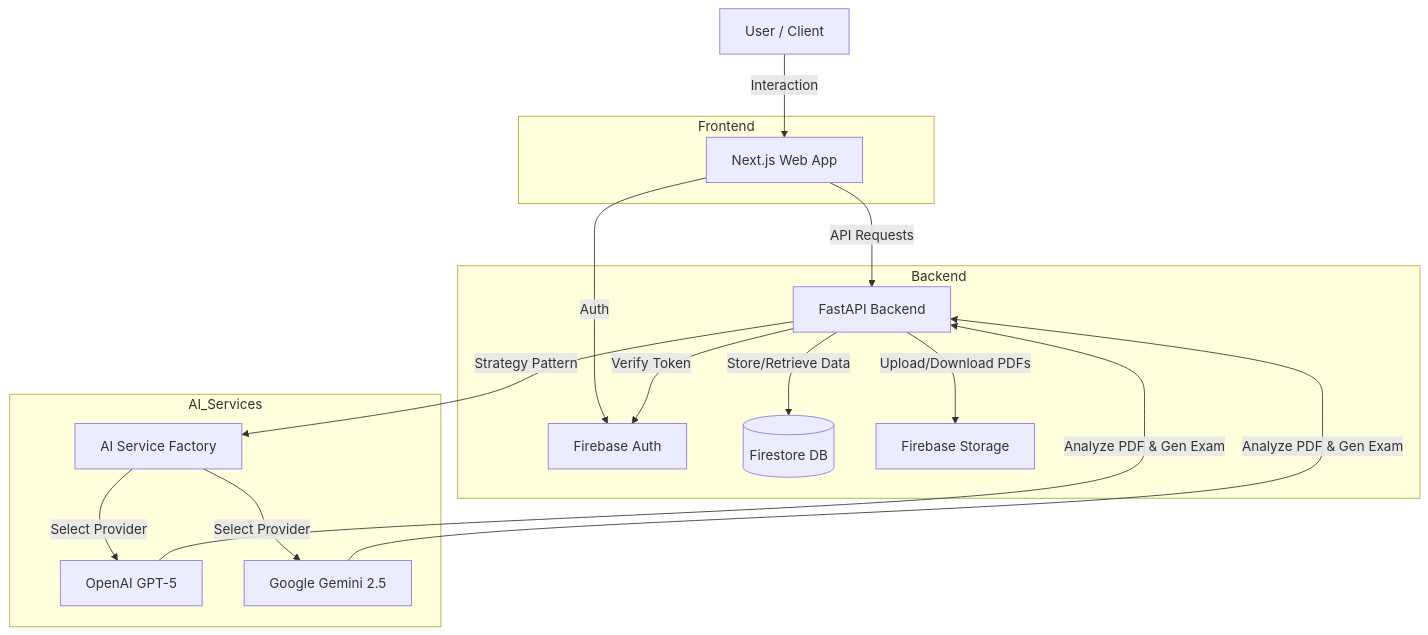
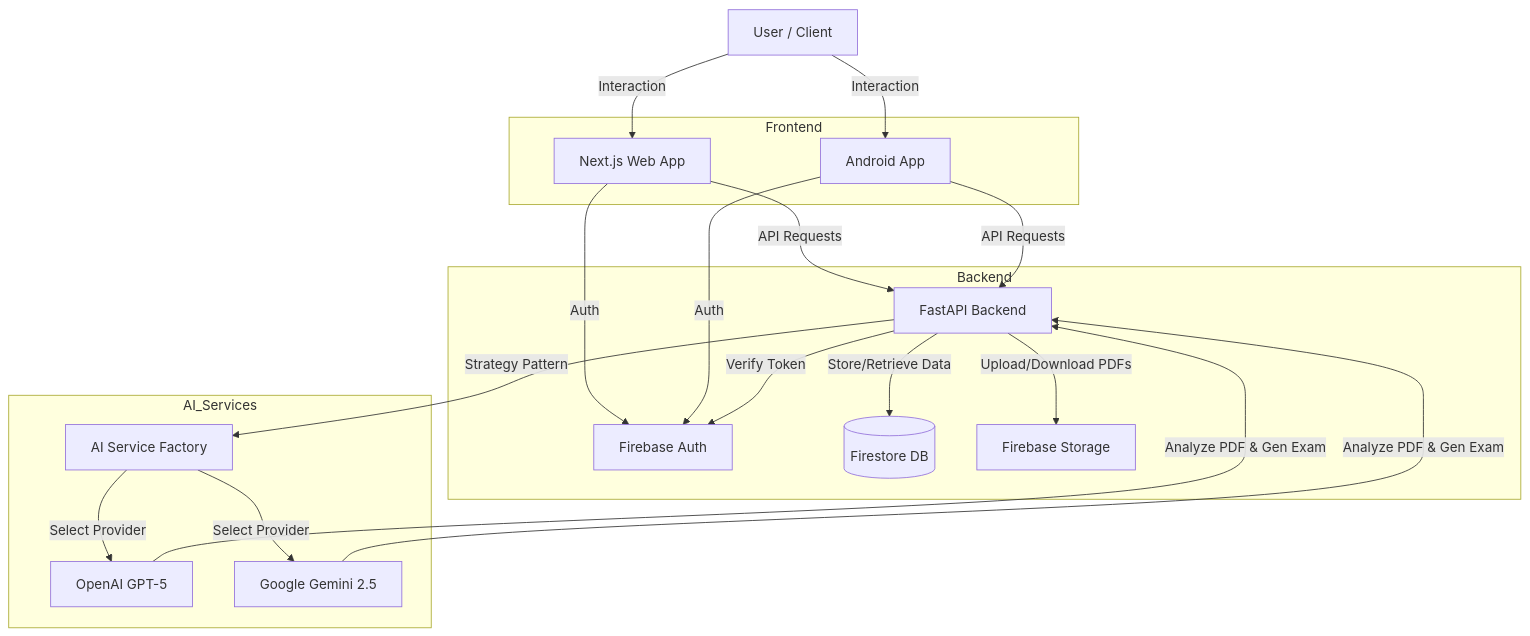
The diagram in README.md (testme-cau/testme-cau-be), drawn with Mermaid before and after one commit.

Commit message:
feat: add Android app in README.md

````diff
--- a/README.md
+++ b/README.md
@@ -9,36 +9,40 @@
 ```mermaid
 graph TD
     User[User / Client]
     
     subgraph Frontend
         Web[Next.js Web App]
+        Android[Android App]
     end
     
     subgraph Backend
         API[FastAPI Backend]
         Auth[Firebase Auth]
         DB[(Firestore DB)]
         Storage[Firebase Storage]
     end
     
     subgraph AI_Services
         Factory[AI Service Factory]
         GPT[OpenAI GPT-5]
         Gemini[Google Gemini 2.5]
     end
 
     User -->|Interaction| Web
+    User -->|Interaction| Android
     Web -->|API Requests| API
     Web -->|Auth| Auth
+    Android -->|API Requests| API
+    Android -->|Auth| Auth
     
     API -->|Verify Token| Auth
     API -->|Store/Retrieve Data| DB
     API -->|Upload/Download PDFs| Storage
     
     API -->|Strategy Pattern| Factory
     Factory -->|Select Provider| GPT
     Factory -->|Select Provider| Gemini
     
     GPT -->|Analyze PDF & Gen Exam| API
     Gemini -->|Analyze PDF & Gen Exam| API
 ```
````
